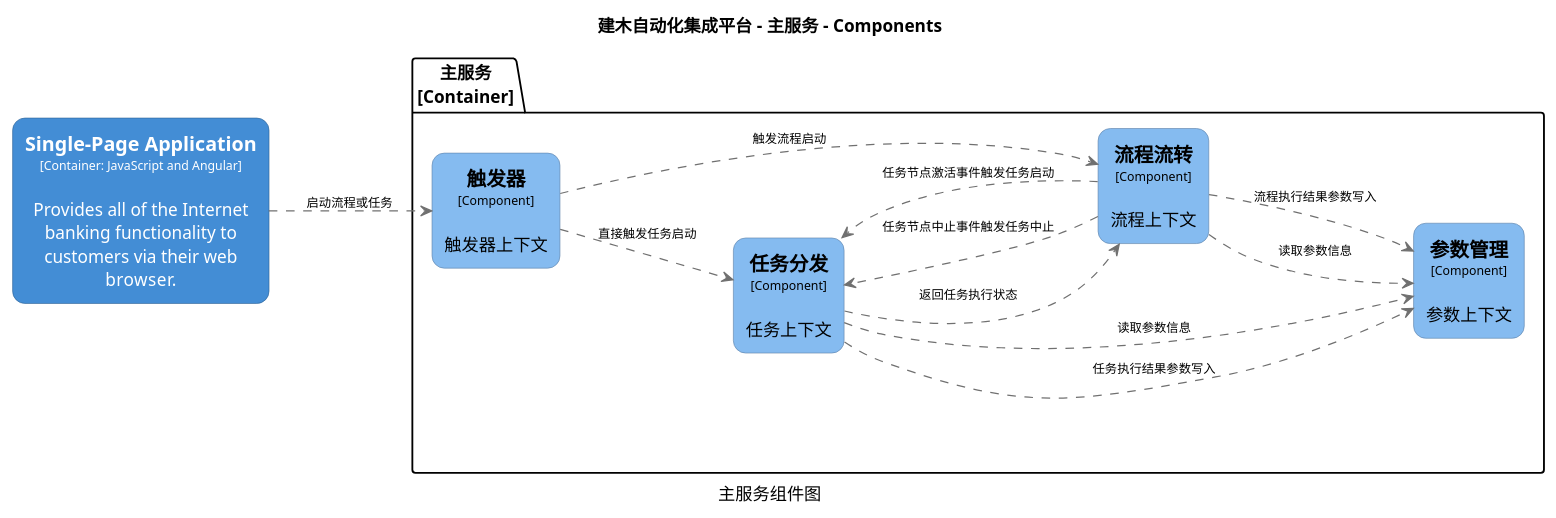
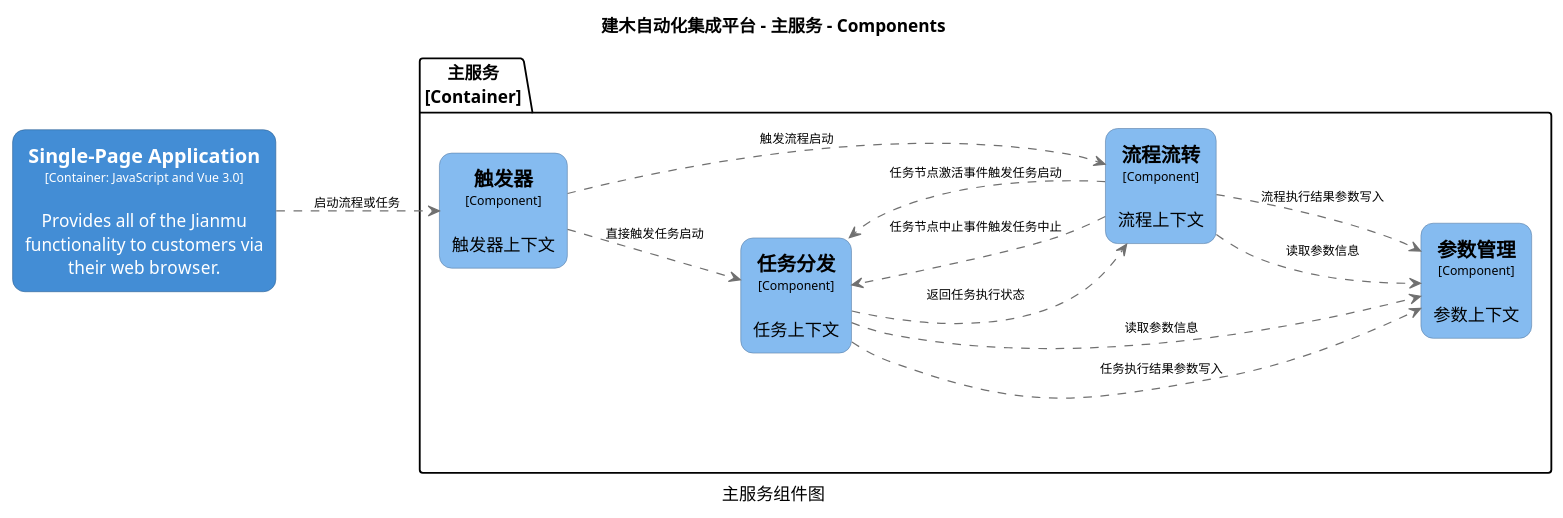
The diagram in c4/structurizr-web-component.puml (jianmu-dev/jianmu-architecture-as-code), drawn with PlantUML before and after one commit. The commit also changed 6 other files, not shown here.

```diff
--- a/c4/structurizr-web-component.puml
+++ b/c4/structurizr-web-component.puml
@@ -1,61 +1,61 @@
 @startuml(id=web-component)
 title 建木自动化集成平台 - 主服务 - Components
 caption 主服务组件图
 
 skinparam {
   shadowing false
   arrowFontSize 10
   defaultTextAlignment center
   wrapWidth 200
   maxMessageSize 100
 }
 hide stereotype
 left to right direction
 skinparam rectangle<<3>> {
   BackgroundColor #438dd5
   FontColor #ffffff
   BorderColor #2E6295
   roundCorner 20
 }
 skinparam rectangle<<5>> {
   BackgroundColor #85bbf0
   FontColor #000000
   BorderColor #5D82A8
   roundCorner 20
 }
 skinparam rectangle<<6>> {
   BackgroundColor #85bbf0
   FontColor #000000
   BorderColor #5D82A8
   roundCorner 20
 }
 skinparam rectangle<<7>> {
   BackgroundColor #85bbf0
   FontColor #000000
   BorderColor #5D82A8
   roundCorner 20
 }
 skinparam rectangle<<8>> {
   BackgroundColor #85bbf0
   FontColor #000000
   BorderColor #5D82A8
   roundCorner 20
 }
-rectangle "==Single-Page Application\n<size:10>[Container: JavaScript and Angular]</size>\n\nProvides all of the Internet banking functionality to customers via their web browser." <<3>> as 3
+rectangle "==Single-Page Application\n<size:10>[Container: JavaScript and Vue 3.0]</size>\n\nProvides all of the Jianmu functionality to customers via their web browser." <<3>> as 3
 package "主服务\n[Container]" {
   rectangle "==任务分发\n<size:10>[Component]</size>\n\n任务上下文" <<7>> as 7
   rectangle "==参数管理\n<size:10>[Component]</size>\n\n参数上下文" <<8>> as 8
   rectangle "==流程流转\n<size:10>[Component]</size>\n\n流程上下文" <<6>> as 6
   rectangle "==触发器\n<size:10>[Component]</size>\n\n触发器上下文" <<5>> as 5
 }
 3 .[#707070].> 5 : "启动流程或任务"
 7 .[#707070].> 8 : "任务执行结果参数写入"
 7 .[#707070].> 8 : "读取参数信息"
 7 .[#707070].> 6 : "返回任务执行状态"
 6 .[#707070].> 7 : "任务节点中止事件触发任务中止"
 6 .[#707070].> 7 : "任务节点激活事件触发任务启动"
 6 .[#707070].> 8 : "读取参数信息"
 6 .[#707070].> 8 : "流程执行结果参数写入"
 5 .[#707070].> 7 : "直接触发任务启动"
 5 .[#707070].> 6 : "触发流程启动"
 @enduml
```
